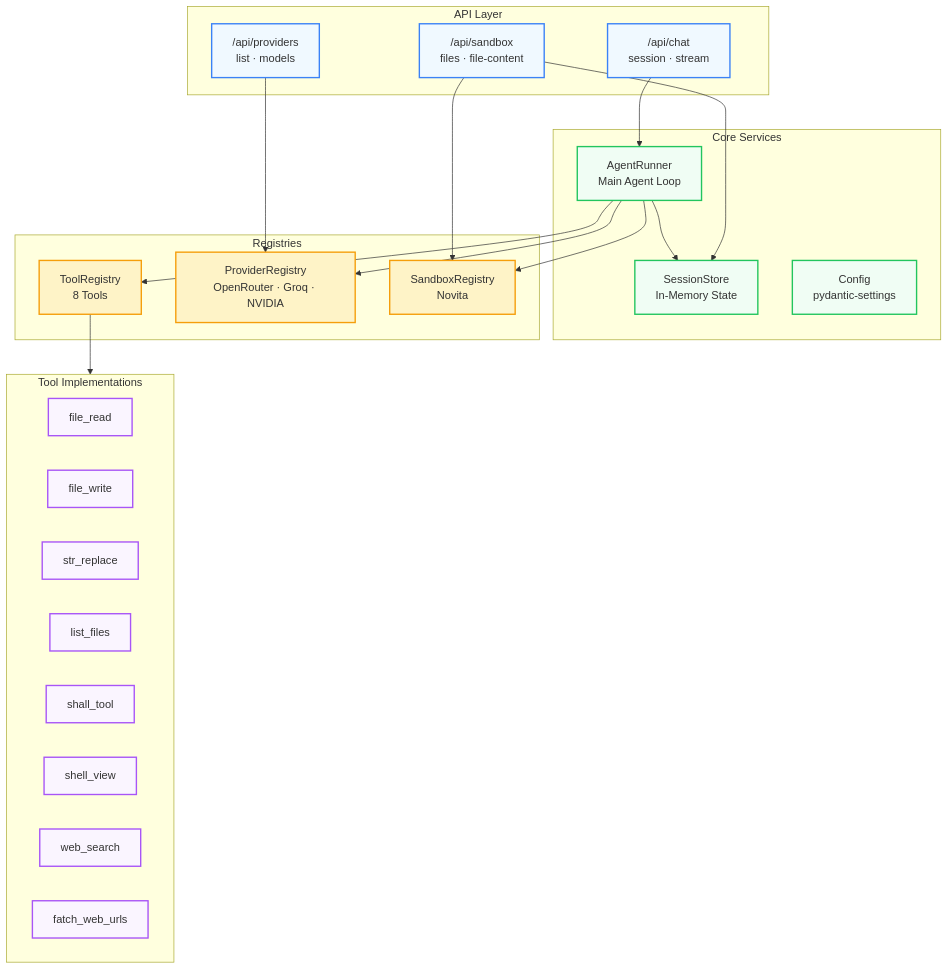
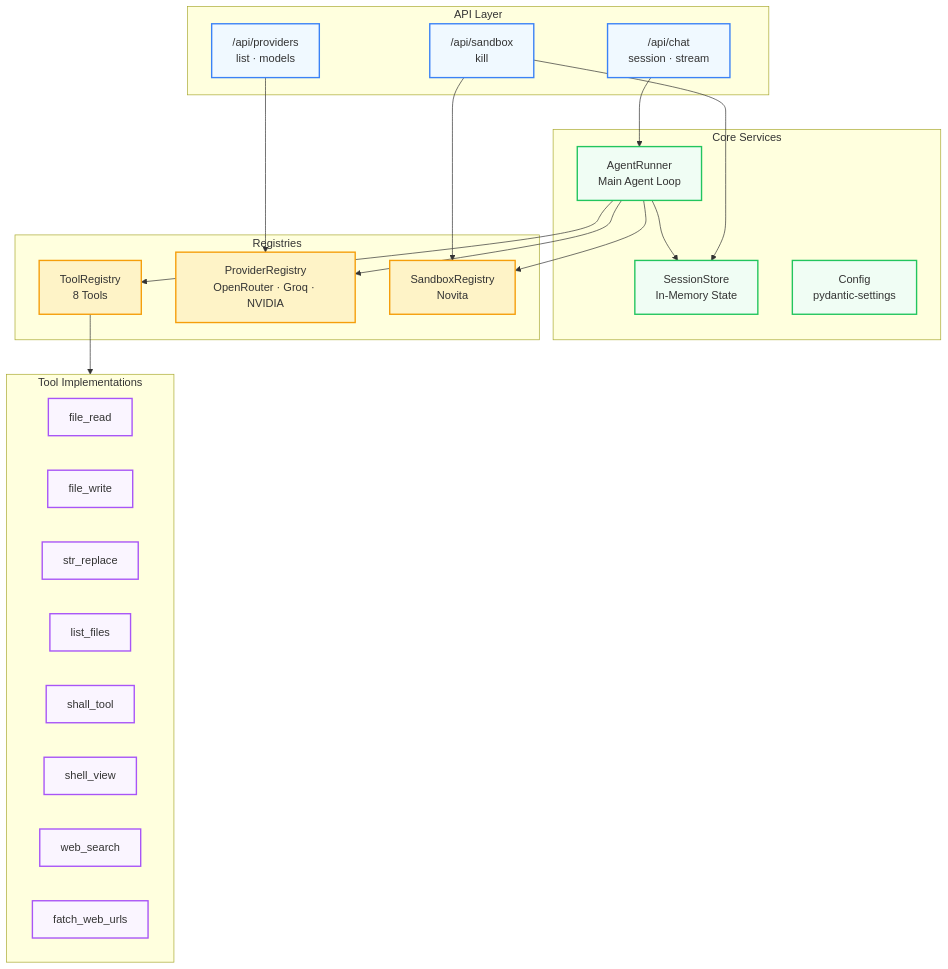
One commit to opencurro-ai/opencurro-ai changed the first of 5 diagrams in backend/README.md. Above: the diagram before and after it, drawn with Mermaid. The commit also changed other lines of this file and 8 other files, not shown here.

````diff
--- a/backend/README.md
+++ b/backend/README.md
@@ -30,52 +30,52 @@
 ```mermaid
 graph TB
     subgraph API["API Layer"]
         CHAT["/api/chat<br/>session · stream"]
         PROV["/api/providers<br/>list · models"]
-        SANDBOX["/api/sandbox<br/>files · file-content"]
+        SANDBOX["/api/sandbox<br/>kill"]
     end
 
     subgraph CORE["Core Services"]
         AGENT["AgentRunner<br/>Main Agent Loop"]
         SESSION["SessionStore<br/>In-Memory State"]
         CONFIG["Config<br/>pydantic-settings"]
     end
 
     subgraph REG["Registries"]
         TREG["ToolRegistry<br/>8 Tools"]
         PREG["ProviderRegistry<br/>OpenRouter · Groq · NVIDIA"]
         SREG["SandboxRegistry<br/>Novita"]
     end
 
     subgraph TOOLS["Tool Implementations"]
         FR["file_read"]
         FW["file_write"]
         SR["str_replace"]
         LF["list_files"]
         SH["shall_tool"]
         SV["shell_view"]
         WS["web_search"]
         FU["fatch_web_urls"]
     end
 
     CHAT --> AGENT
     PROV --> PREG
     SANDBOX --> SREG
     SANDBOX --> SESSION
 
     AGENT --> TREG
     AGENT --> PREG
     AGENT --> SREG
     AGENT --> SESSION
 
     TREG --> TOOLS
 
     classDef api fill:#f0f9ff,stroke:#3b82f6,stroke-width:2px
     classDef core fill:#f0fdf4,stroke:#22c55e,stroke-width:2px
     classDef reg fill:#fef3c7,stroke:#f59e0b,stroke-width:2px
     classDef tools fill:#faf5ff,stroke:#a855f7,stroke-width:2px
     class CHAT,PROV,SANDBOX api
     class AGENT,SESSION,CONFIG core
     class TREG,PREG,SREG reg
     class FR,FW,SR,LF,SH,SV,WS,FU tools
 ```
````
